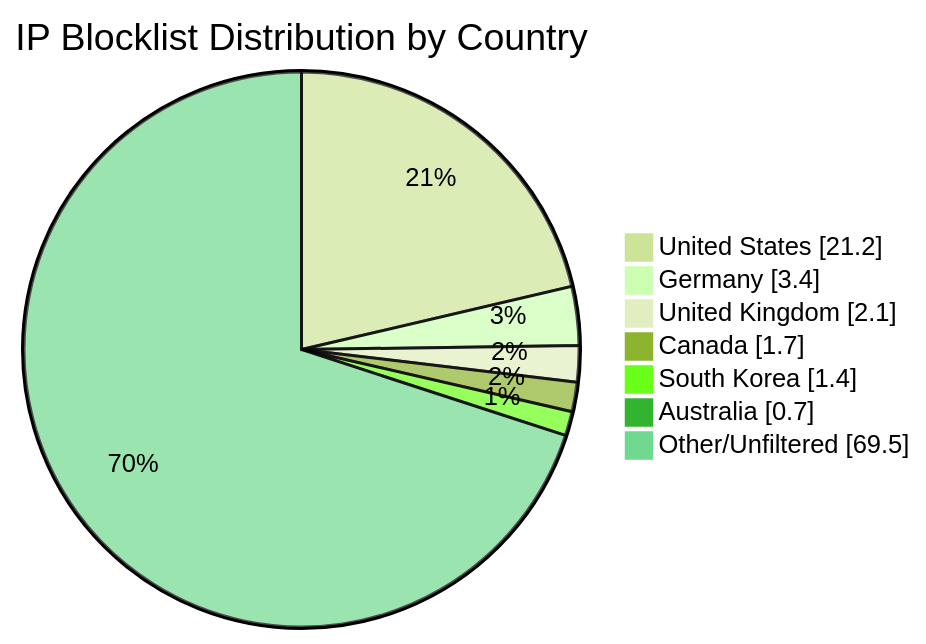
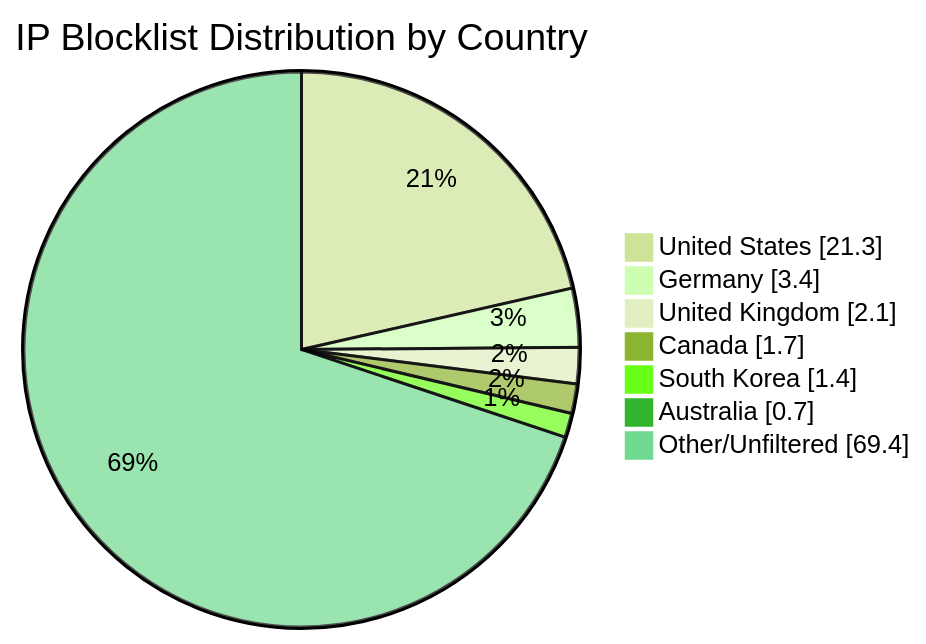
The diagram in README.md (MarcusHoltz/ipblocklist-geofiltered-aggregator), drawn with Mermaid (forest theme) before and after one commit. The commit also changed other lines of this file and 9 other files, not shown here.

````diff
--- a/README.md
+++ b/README.md
@@ -34,10 +34,10 @@
 ```mermaid
 pie showData title IP Blocklist Distribution by Country
-"United States" : 21.2
+"United States" : 21.3
 "Germany" : 3.4
 "United Kingdom" : 2.1
 "Canada" : 1.7
 "South Korea" : 1.4
 "Australia" : 0.7
-"Other/Unfiltered" : 69.5
+"Other/Unfiltered" : 69.4
 ```
````
